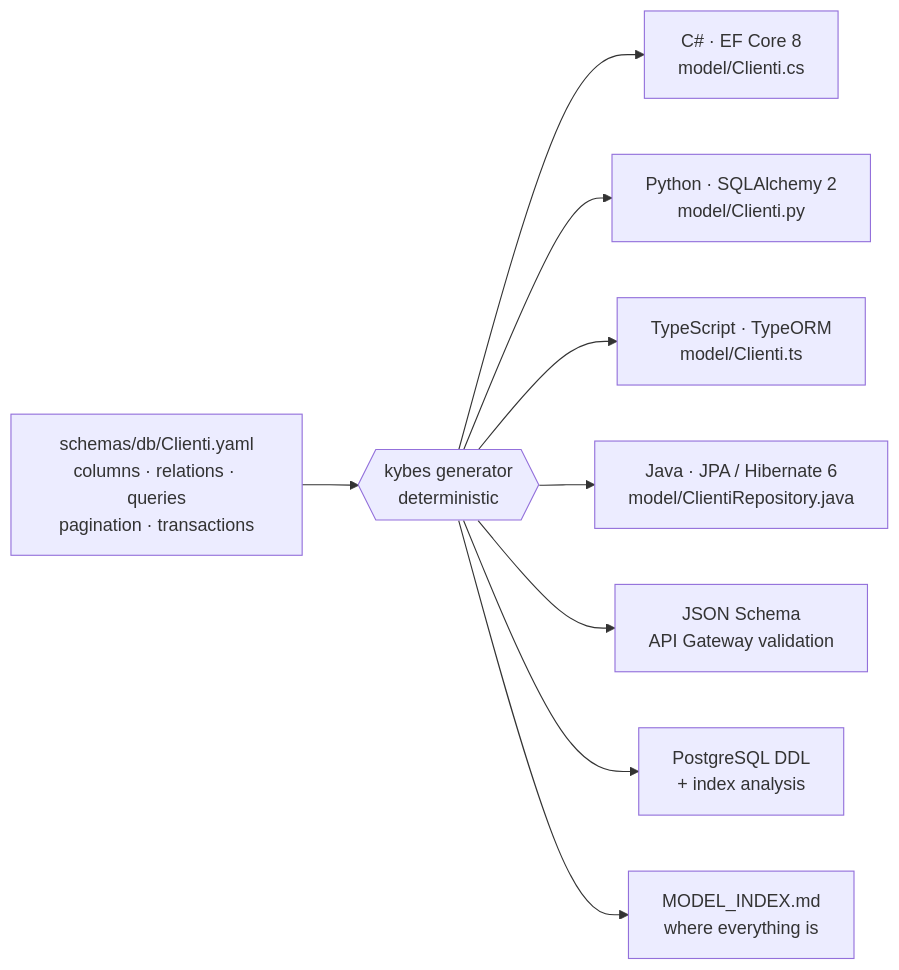
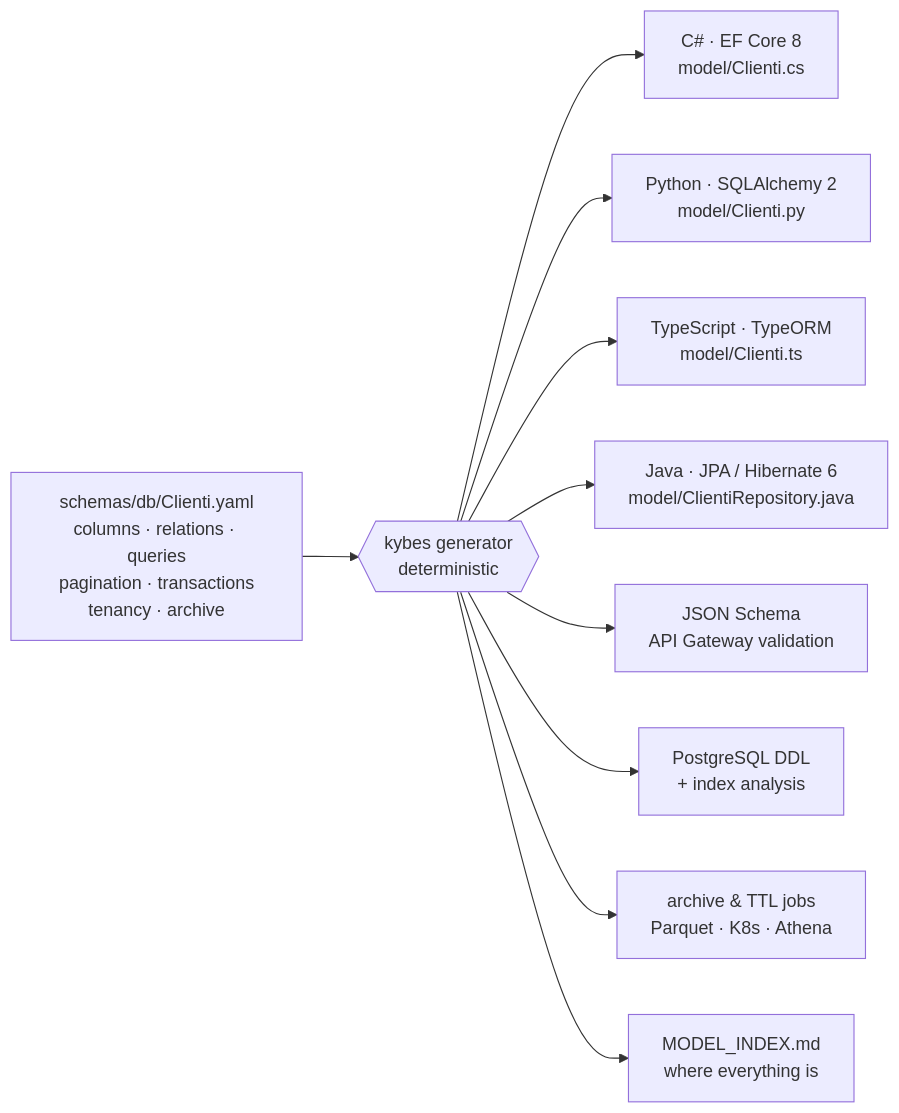
The first of 2 diagrams in README.md (ivandilelio/kybes), drawn with Mermaid before and after one commit. The commit also changed other lines of this file and 21 other files, not shown here.

First line of the commit message:
Phase 5 (wip): docs (archivio.md and updates), installer archive options, RLS job check on PostgreSQL, plugin 0.7.0

````diff
--- a/README.md
+++ b/README.md
@@ -34,11 +34,12 @@
 ```mermaid
 flowchart LR
-    S["schemas/db/Clienti.yaml<br/>columns · relations · queries<br/>pagination · transactions"] --> G{{"kybes generator<br/>deterministic"}}
+    S["schemas/db/Clienti.yaml<br/>columns · relations · queries<br/>pagination · transactions<br/>tenancy · archive"] --> G{{"kybes generator<br/>deterministic"}}
     G --> CS["C# · EF Core 8<br/>model/Clienti.cs"]
     G --> PY["Python · SQLAlchemy 2<br/>model/Clienti.py"]
     G --> TS["TypeScript · TypeORM<br/>model/Clienti.ts"]
     G --> JV["Java · JPA / Hibernate 6<br/>model/ClientiRepository.java"]
     G --> JS["JSON Schema<br/>API Gateway validation"]
     G --> DDL["PostgreSQL DDL<br/>+ index analysis"]
+    G --> JOB["archive & TTL jobs<br/>Parquet · K8s · Athena"]
     G --> IDX["MODEL_INDEX.md<br/>where everything is"]
 ```
````
